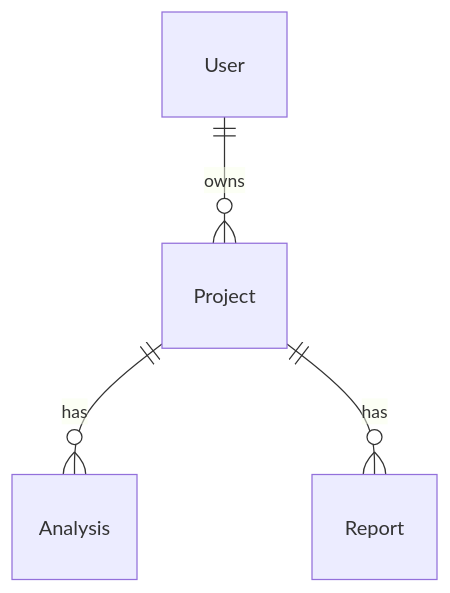
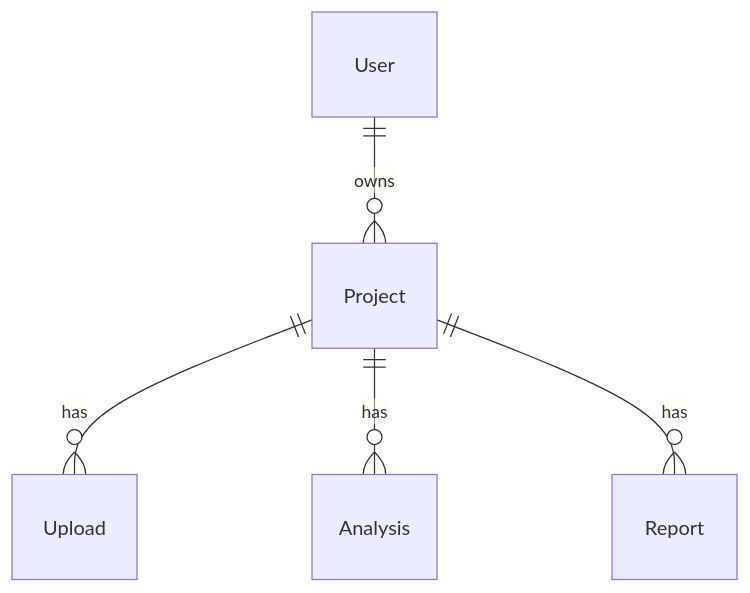
The first of 2 diagrams in docs/ARCHITECTURE.md (shitij07/Legacy2Next), drawn with Mermaid before and after one commit. The commit also changed other lines of this file and 16 other files, not shown here.

````diff
--- a/docs/ARCHITECTURE.md
+++ b/docs/ARCHITECTURE.md
@@ -303,6 +317,7 @@
 ```mermaid
 erDiagram
     User ||--o{ Project : owns
+    Project ||--o{ Upload : has
     Project ||--o{ Analysis : has
     Project ||--o{ Report : has
 ```
````
